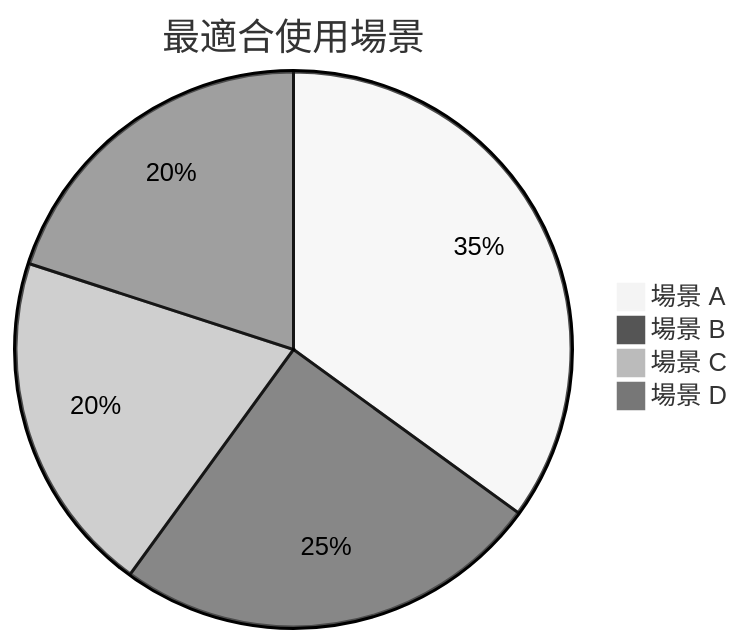
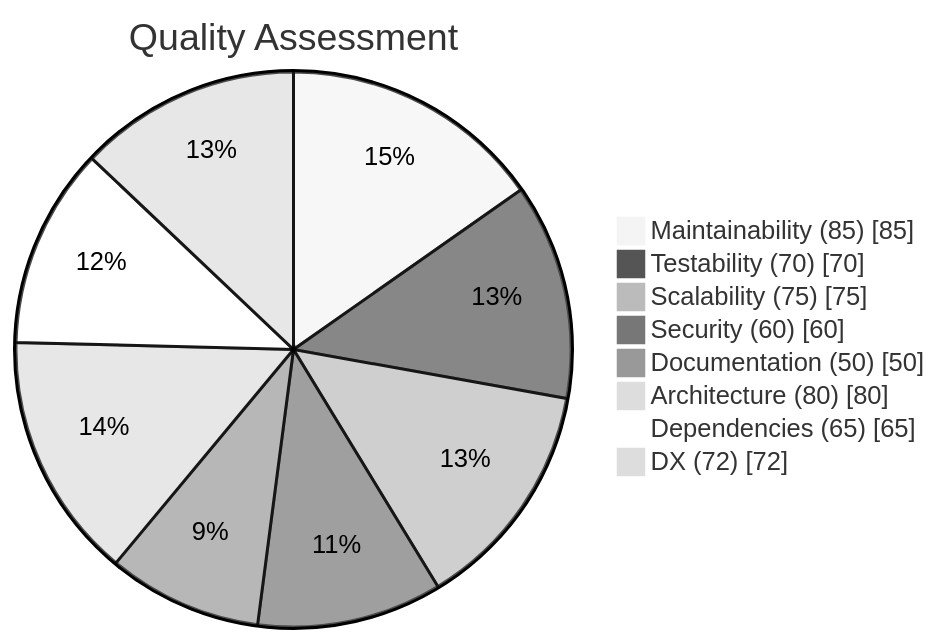
One commit to miles990/claude-software-skills changed diagram 12 of 14 in tools-integrations/analyze-repo/extended/output-template.md. Above: the diagram before and after it, drawn with Mermaid (neutral theme). The commit also changed other lines of this file and 2 other files, not shown here.

````diff
--- a/tools-integrations/analyze-repo/extended/output-template.md
+++ b/tools-integrations/analyze-repo/extended/output-template.md
@@ -183,7 +828,12 @@
 ```mermaid
-pie title 最適合使用場景
-    "場景 A" : 35
-    "場景 B" : 25
-    "場景 C" : 20
-    "場景 D" : 20
+pie showData
+    title Quality Assessment
+    "Maintainability (85)" : 85
+    "Testability (70)" : 70
+    "Scalability (75)" : 75
+    "Security (60)" : 60
+    "Documentation (50)" : 50
+    "Architecture (80)" : 80
+    "Dependencies (65)" : 65
+    "DX (72)" : 72
 ```
````
